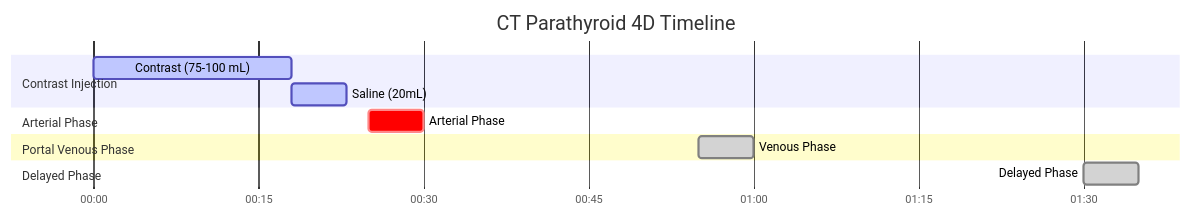
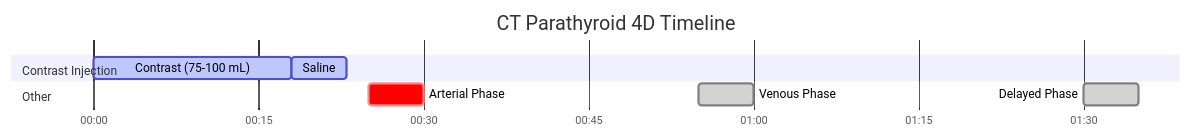
The diagram in docs/ct/neuro/ct-parathyroid-4d.md (dfergs93/radiology-protocols), drawn with Mermaid before and after one commit. The commit also changed other lines of this file and 101 other files, not shown here.

````diff
--- a/docs/ct/neuro/ct-parathyroid-4d.md
+++ b/docs/ct/neuro/ct-parathyroid-4d.md
@@ -86,20 +87,20 @@
   ```mermaid
   ---
+  displayMode: compact
   config:
     theme: default
+    themeCSS: " #Saline{ fill: #4ed5ff; stroke: #2094f3; } "
   ---
     gantt
       title CT Parathyroid 4D Timeline
       dateFormat mm:ss
       axisFormat %M:%S 
       
       section Contrast Injection
       Contrast (75-100 mL)    :active, contrast, 00:00, 18s
-      Saline (20mL)          :active, saline, after contrast, 5s
-      section Arterial Phase
+      Saline          :active, saline, after contrast, 5s
+      section Other
       Arterial Phase    :crit, scan1, 00:25, 5s
-      section Portal Venous Phase
       Venous Phase    :done, scan2, 00:55, 5s
-      section Delayed Phase
       Delayed Phase    :done, scan3, 01:30, 5s
   ```
````
